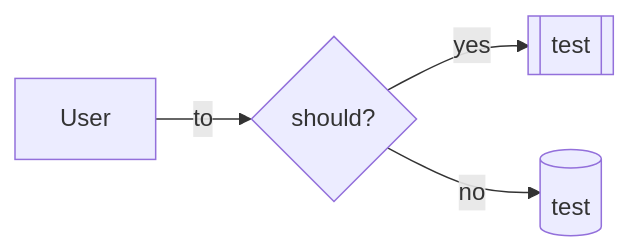
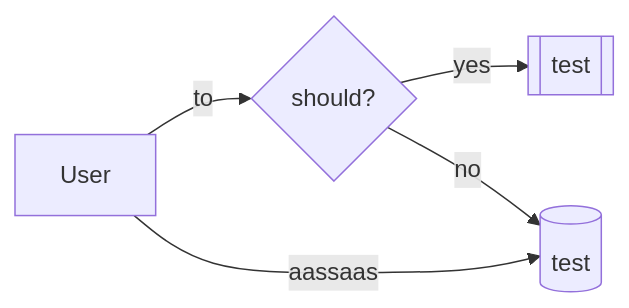
The diagram in output.md (SilvaRamon/golang-transpiler), drawn with Mermaid before and after one commit. The commit also changed 2 other files, not shown here.

Commit message:
refactoring some contitions

````diff
--- a/output.md
+++ b/output.md
@@ -1,10 +1,11 @@
 ```mermaid
 flowchart LR
 A[User]
 B[(test)]
 C[[test]]
 D{should?}
 A-->|to|D
 D-->|yes|C
 D-->|no|B
+A-->|aassaas|B
 ```
````
